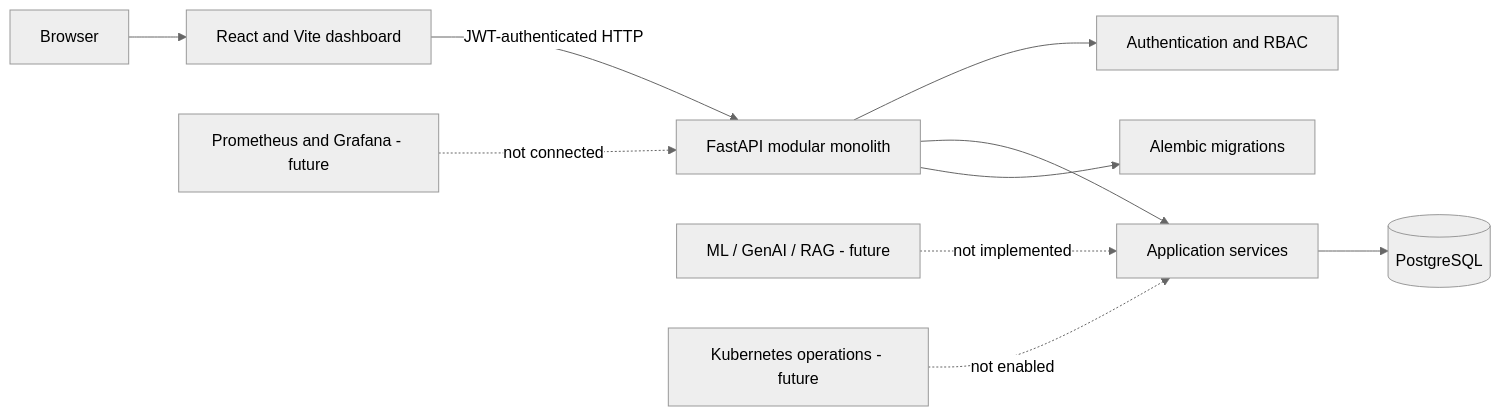
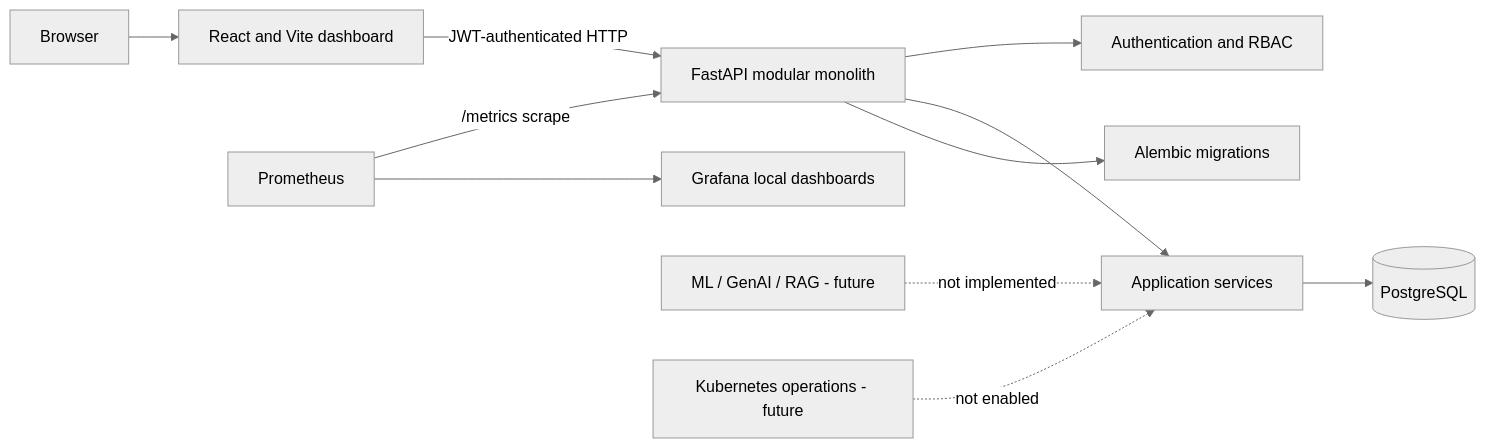
Before and after one commit to Punith887/MCA-Major-Project-1: the diagram in README.md, drawn with Mermaid (neutral theme). The commit also changed other lines of this file and 45 other files, not shown here.

````diff
--- a/README.md
+++ b/README.md
@@ -38,12 +38,13 @@
 ```mermaid
 flowchart LR
   Browser[Browser] --> Web[React and Vite dashboard]
   Web -->|JWT-authenticated HTTP| API[FastAPI modular monolith]
   API --> Auth[Authentication and RBAC]
   API --> Services[Application services]
   Services --> DB[(PostgreSQL)]
   API --> Migration[Alembic migrations]
-  Monitoring[Prometheus and Grafana - future] -. not connected .-> API
+  Monitoring[Prometheus] -->|/metrics scrape| API
+  Monitoring --> Grafana[Grafana local dashboards]
   ML[ML / GenAI / RAG - future] -. not implemented .-> Services
   Cluster[Kubernetes operations - future] -. not enabled .-> Services
 ```
````
